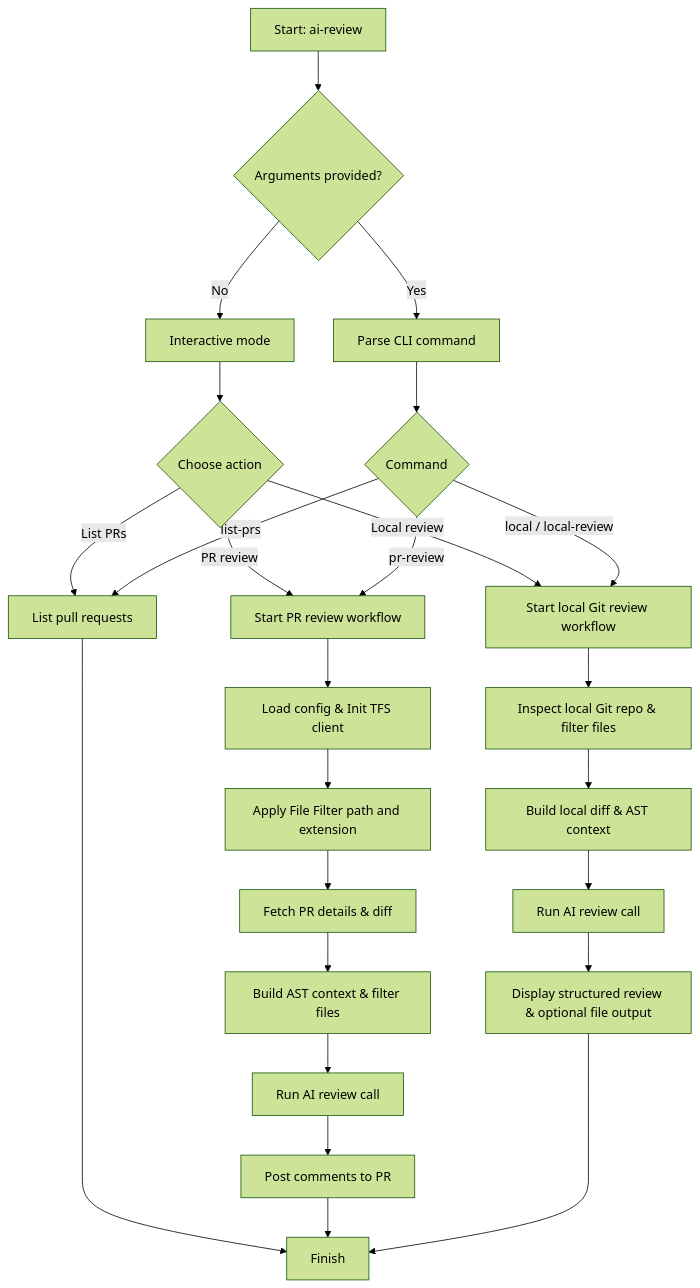
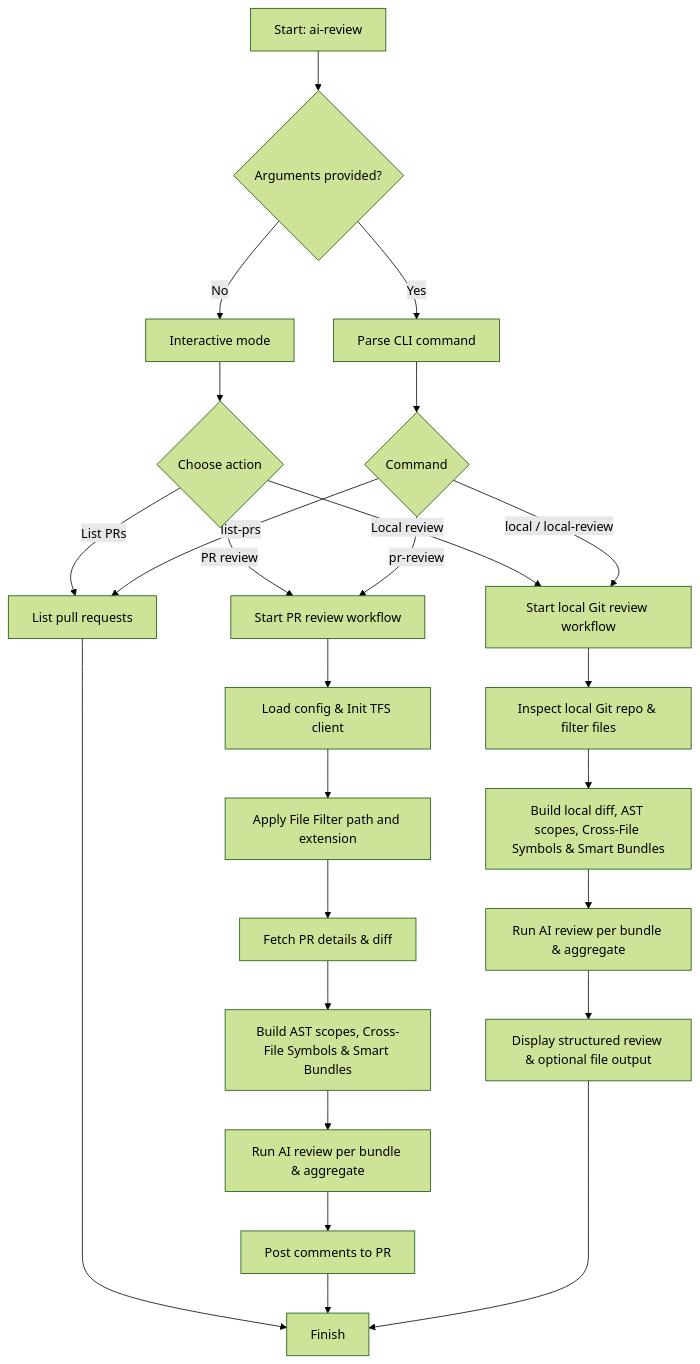
One commit to Ssereno/AI-Code-Review-CLI changed the diagram in docs/execution_flow.md. Above: the diagram before and after it, drawn with Mermaid (forest theme). The commit also changed 22 other files, not shown here.

````diff
--- a/docs/execution_flow.md
+++ b/docs/execution_flow.md
@@ -5,32 +5,32 @@
 ```mermaid
 flowchart TD
   Start[Start: ai-review] --> CheckArgs{Arguments provided?}
   CheckArgs -->|No| Interactive[Interactive mode]
   CheckArgs -->|Yes| Parse[Parse CLI command]
 
   Interactive --> Action{Choose action}
   Action -->|PR review| PRReview[Start PR review workflow]
   Action -->|Local review| LocalReview[Start local Git review workflow]
   Action -->|List PRs| ListPRs[List pull requests]
   
   Parse --> Command{Command}
   Command -->|pr-review| PRReview
   Command -->|local / local-review| LocalReview
   Command -->|list-prs| ListPRs
 
   PRReview --> Filter[Load config & Init TFS client]
   Filter --> Config[Apply File Filter path and extension]
   Config --> FetchPR[Fetch PR details & diff]
-  FetchPR --> BuildContext[Build AST context & filter files]
-  BuildContext --> AI[Run AI review call]
+  FetchPR --> BuildContext["Build AST scopes, Cross-File Symbols & Smart Bundles"]
+  BuildContext --> AI[Run AI review per bundle & aggregate]
   AI --> Post[Post comments to PR]
 
   LocalReview --> LocalGit[Inspect local Git repo & filter files]
-  LocalGit --> LocalContext[Build local diff & AST context]
-  LocalContext --> LocalAI[Run AI review call]
+  LocalGit --> LocalContext["Build local diff, AST scopes, Cross-File Symbols & Smart Bundles"]
+  LocalContext --> LocalAI[Run AI review per bundle & aggregate]
   LocalAI --> LocalOut[Display structured review & optional file output]
   
   ListPRs --> End[Finish]
   Post --> End
   LocalOut --> End
 ```
````
